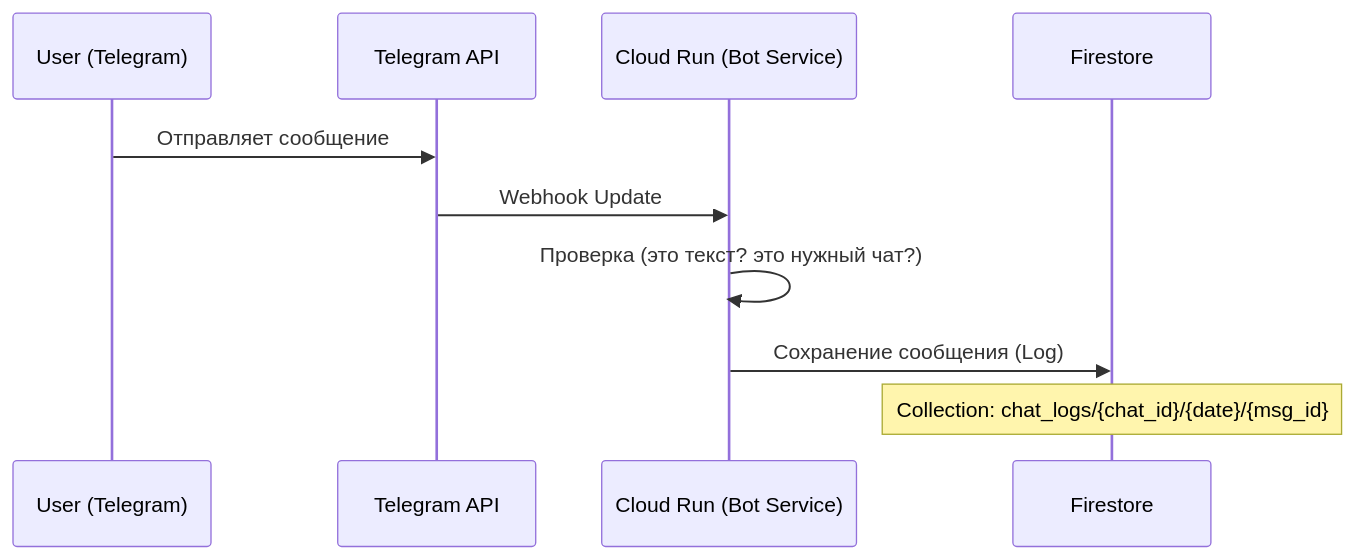
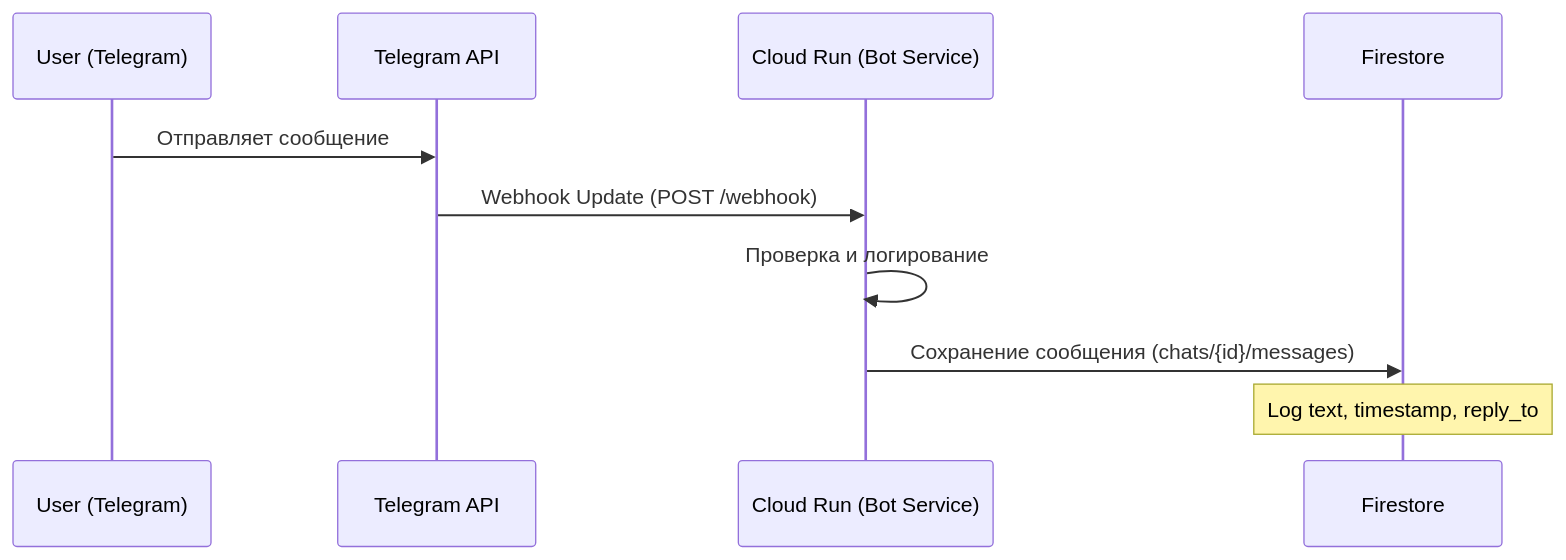
One commit to derfuchsmsk-bot/bor-snitch changed the first of 2 diagrams in plans/architecture.md. Above: the diagram before and after it, drawn with Mermaid. The commit also changed other lines of this file and 4 other files, not shown here.

````diff
--- a/plans/architecture.md
+++ b/plans/architecture.md
@@ -17,13 +17,13 @@
 ```mermaid
 sequenceDiagram
     participant User as User (Telegram)
     participant TG as Telegram API
     participant Bot as Cloud Run (Bot Service)
     participant DB as Firestore
 
     User->>TG: Отправляет сообщение
-    TG->>Bot: Webhook Update
-    Bot->>Bot: Проверка (это текст? это нужный чат?)
-    Bot->>DB: Сохранение сообщения (Log)
-    Note over DB: Collection: chat_logs/{chat_id}/{date}/{msg_id}
+    TG->>Bot: Webhook Update (POST /webhook)
+    Bot->>Bot: Проверка и логирование
+    Bot->>DB: Сохранение сообщения (chats/{id}/messages)
+    Note over DB: Log text, timestamp, reply_to
 ```
````
